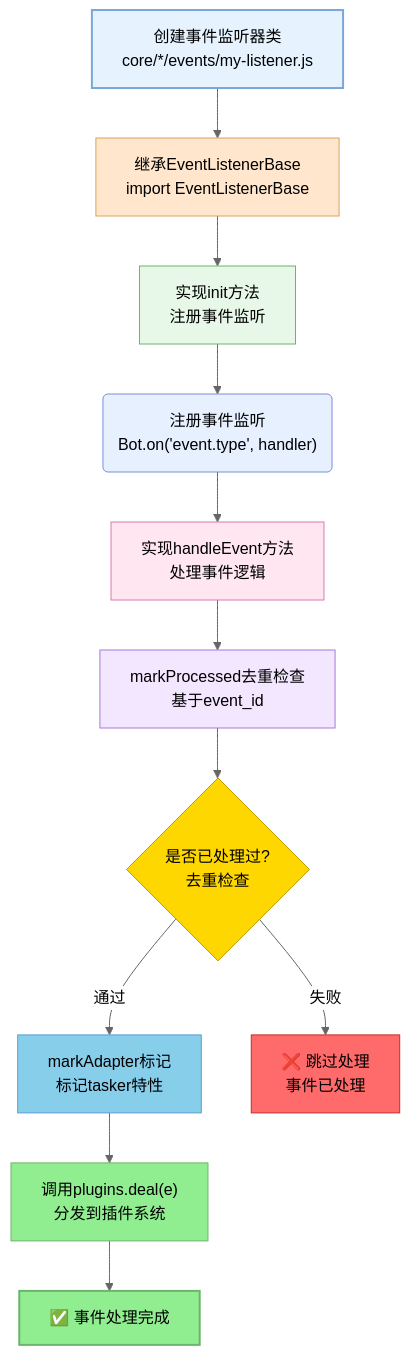
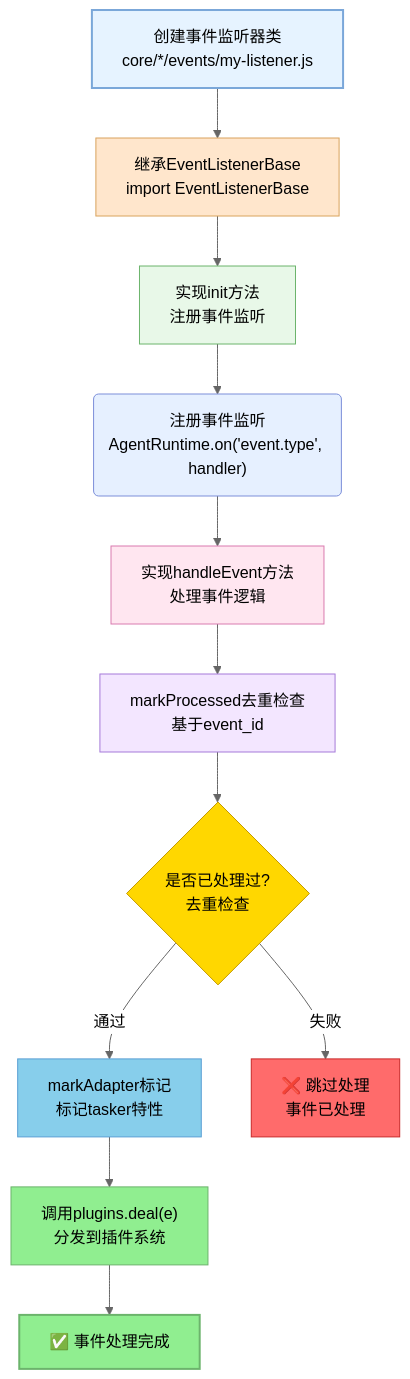
Before and after one commit to sunflowermm/XRK-AGT: the fourth of 4 diagrams in docs/事件系统标准化文档.md, drawn with Mermaid (neutral theme). The commit also changed other lines of this file and 315 other files, not shown here.

````diff
--- a/docs/事件系统标准化文档.md
+++ b/docs/事件系统标准化文档.md
@@ -185,25 +185,25 @@
 ```mermaid
 flowchart TB
     A["创建事件监听器类<br/>core/*/events/my-listener.js"] --> B["继承EventListenerBase<br/>import EventListenerBase"]
     B --> C["实现init方法<br/>注册事件监听"]
-    C --> D("注册事件监听<br/>Bot.on('event.type', handler)")
+    C --> D("注册事件监听<br/>AgentRuntime.on('event.type', handler)")
     D --> E["实现handleEvent方法<br/>处理事件逻辑"]
     E --> F["markProcessed去重检查<br/>基于event_id"]
     F --> G{"是否已处理过?<br/>去重检查"}
     G -->|通过| H["markAdapter标记<br/>标记tasker特性"]
     G -->|失败| I["❌ 跳过处理<br/>事件已处理"]
     H --> J["调用plugins.deal(e)<br/>分发到插件系统"]
     J --> K["✅ 事件处理完成"]
     
     style A fill:#E6F3FF,stroke:#7AA7D9,stroke-width:2px
     style B fill:#FFE6CC,stroke:#D9A35D
     style C fill:#E8F8E8,stroke:#6CB46C
     style D fill:#E6F0FF,stroke:#7B8ED9
     style E fill:#FFE6F0,stroke:#D97BAF
     style F fill:#F3E6FF,stroke:#A57BD9
     style G fill:#FFD700,stroke:#C49A00
     style H fill:#87CEEB,stroke:#5A9FD4
     style I fill:#FF6B6B,stroke:#C92A2A
     style J fill:#90EE90,stroke:#6CB46C
     style K fill:#90EE90,stroke:#6CB46C,stroke-width:2px
 ```
````
